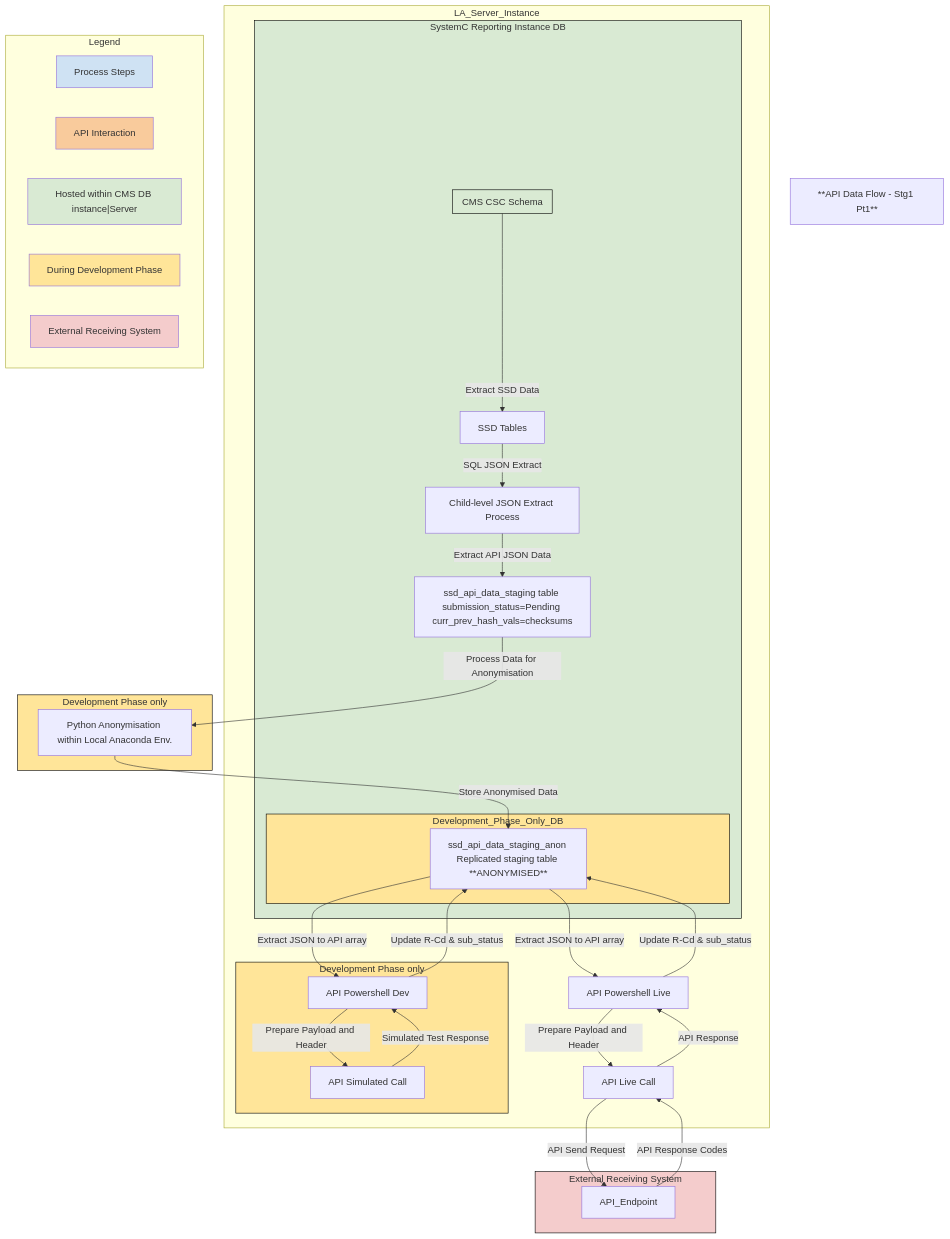
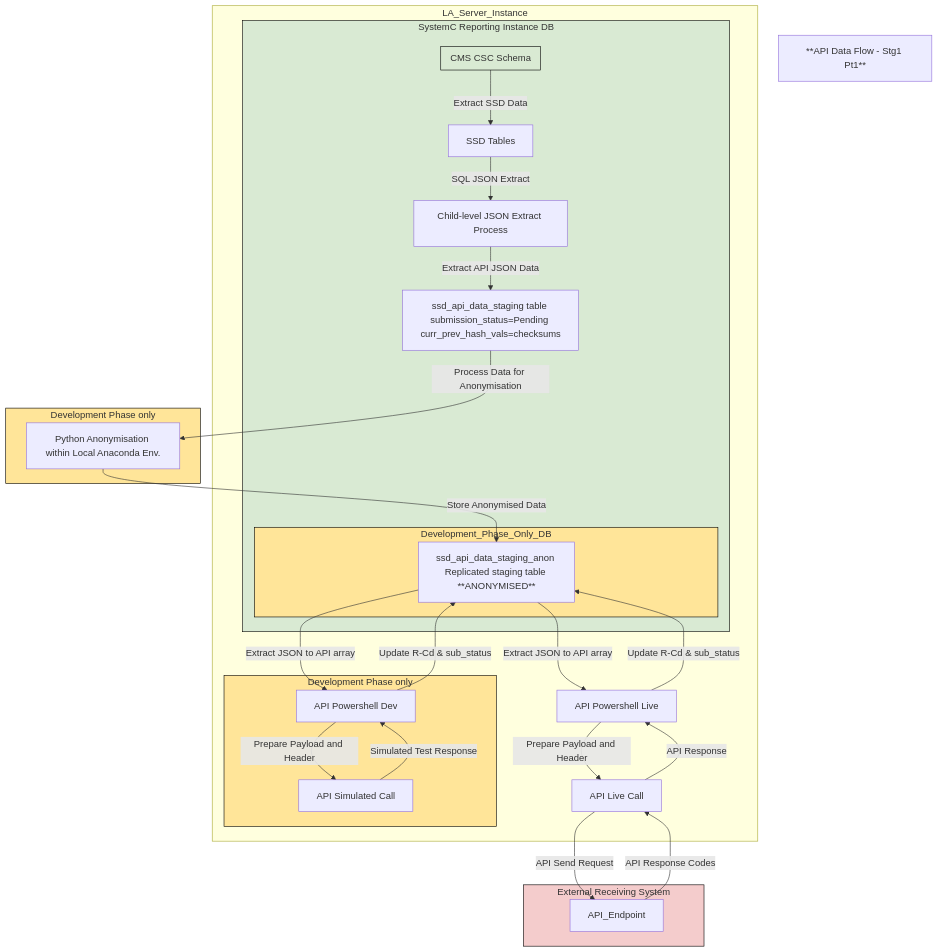
One commit to data-to-insight/dfe-csc-api-data-flows changed the third of 5 diagrams in docs/development_plan.md. Above: the diagram before and after it, drawn with Mermaid. The commit also changed other lines of this file and 1 other file, not shown here.

Commit message:
diagram-legend changes

````diff
--- a/docs/development_plan.md
+++ b/docs/development_plan.md
@@ -218,19 +238,5 @@
     class Development_Phase_Only_API Testing;
     class Development_Phase_Only_DB Testing;
     class Python_Anon pythonEnv;
-
-    %% Legend
-    subgraph Legend ["Legend"]
-        process_key["Process Steps"]
-        style process_key fill:#cfe2f3;
-        api_key["API Interaction"]
-        style api_key fill:#f9cb9c;
-        hosted_key["Hosted within CMS DB instance|Server"]
-        style hosted_key fill:#d9ead3;
-        python_key["During Development Phase"]
-        style python_key fill:#ffe599;
-        external_key["External Receiving System"]
-        style external_key fill:#f4cccc;
-    end
-
+    
 ```
````
